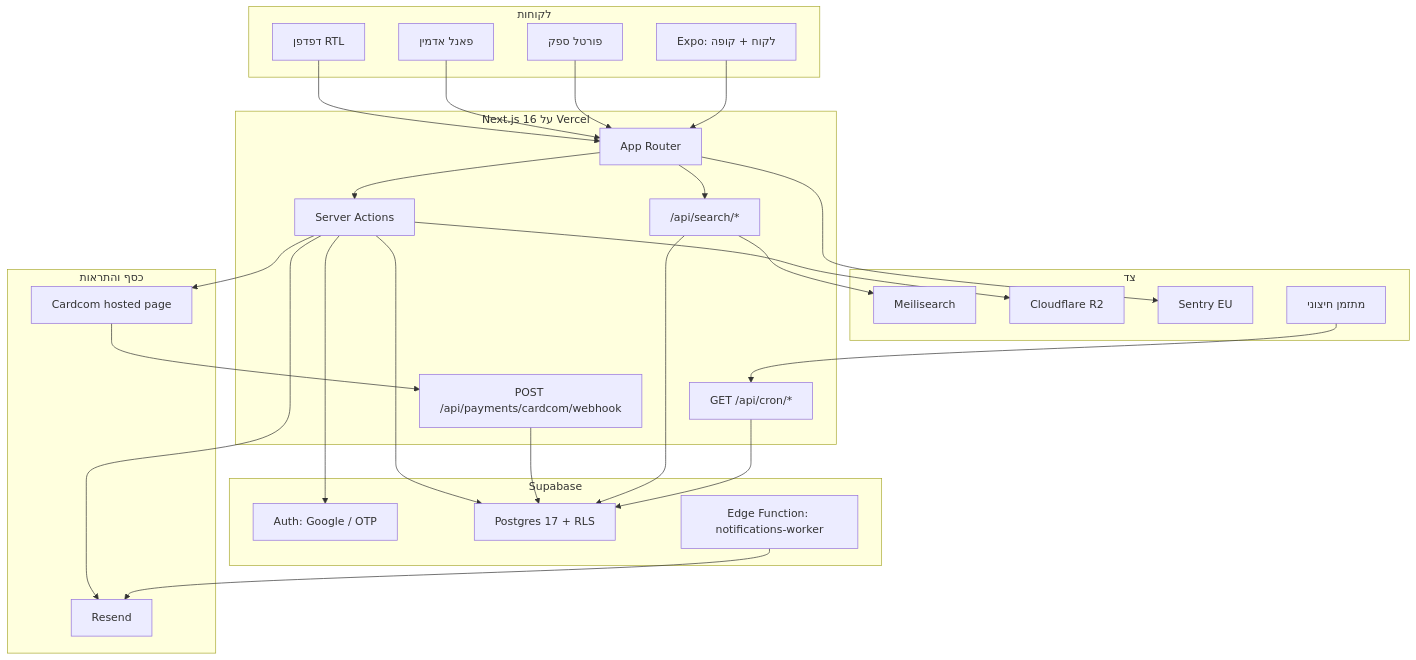
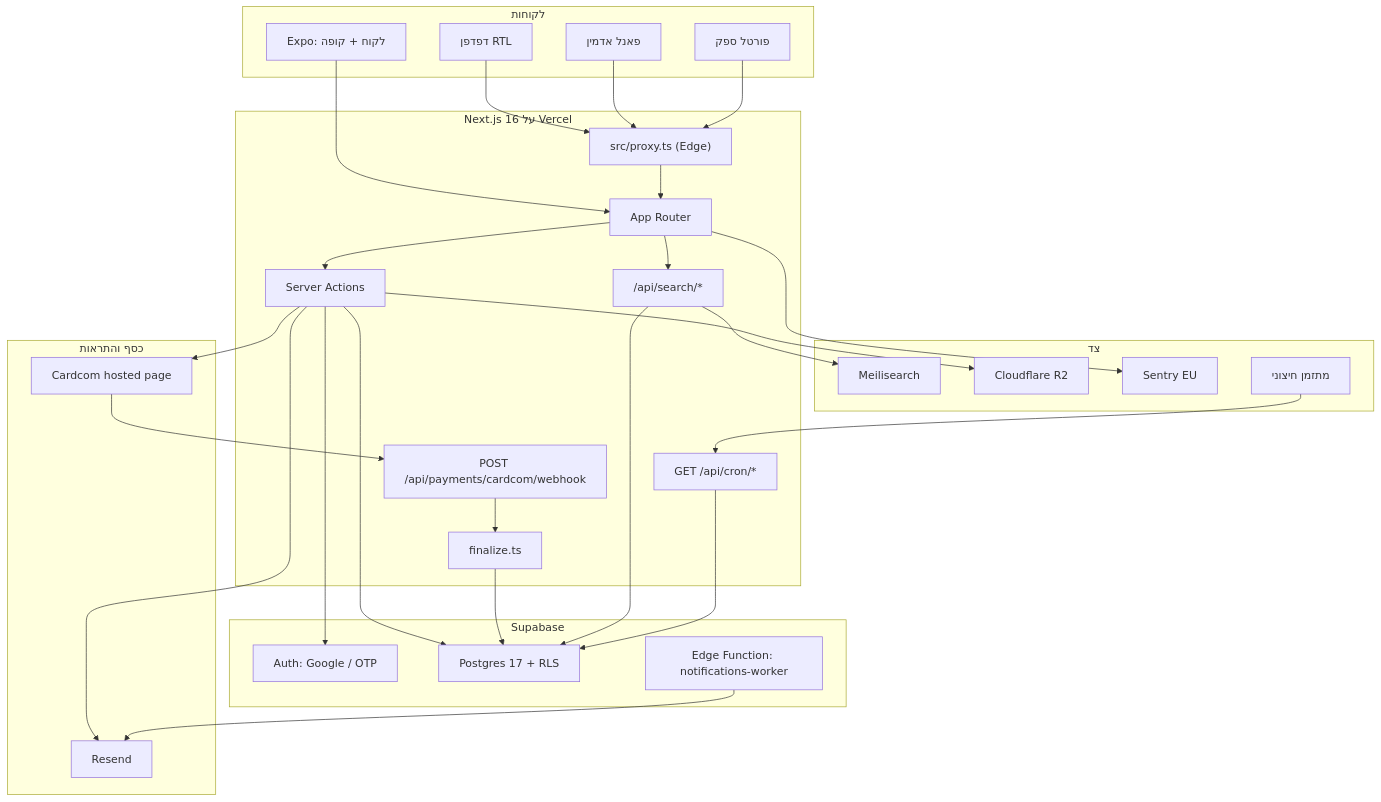
One commit to kenyonexpress/kenyonexpress changed the diagram in README.md. Above: the diagram before and after it, drawn with Mermaid. The commit also changed other lines of this file and 1 other file, not shown here.

````diff
--- a/README.md
+++ b/README.md
@@ -36,55 +47,59 @@
 ```mermaid
 flowchart TB
   subgraph Clients["לקוחות"]
     Browser["דפדפן RTL"]
     AdminUI["פאנל אדמין"]
     SupplierUI["פורטל ספק"]
     Expo["Expo: לקוח + קופה"]
   end
 
   subgraph Vercel["Next.js 16 על Vercel"]
+    Proxy["src/proxy.ts (Edge)"]
     AppRouter["App Router"]
     Actions["Server Actions"]
+    Finalize["finalize.ts"]
     CronAPI["GET /api/cron/*"]
     Webhook["POST /api/payments/cardcom/webhook"]
     SearchAPI["/api/search/*"]
   end
 
   subgraph Supabase["Supabase"]
     Auth["Auth: Google / OTP"]
     PG["Postgres 17 + RLS"]
     EdgeFn["Edge Function: notifications-worker"]
   end
 
   subgraph Money["כסף והתראות"]
     Cardcom["Cardcom hosted page"]
     Resend["Resend"]
   end
 
   subgraph Side["צד"]
     Meili["Meilisearch"]
     R2["Cloudflare R2"]
     Sentry["Sentry EU"]
     Scheduler["מתזמן חיצוני"]
   end
 
-  Browser --> AppRouter
-  AdminUI --> AppRouter
-  SupplierUI --> AppRouter
+  Browser --> Proxy
+  AdminUI --> Proxy
+  SupplierUI --> Proxy
   Expo --> AppRouter
+  Proxy --> AppRouter
   AppRouter --> Actions
   Actions --> Auth
   Actions --> PG
   Actions --> Cardcom
   Cardcom --> Webhook
-  Webhook --> PG
+  Webhook --> Finalize
+  Finalize --> PG
   Actions --> Resend
   EdgeFn --> Resend
   AppRouter --> SearchAPI
   SearchAPI --> Meili
   SearchAPI --> PG
   Actions --> R2
   Scheduler --> CronAPI
   CronAPI --> PG
   AppRouter --> Sentry
 ```
````
